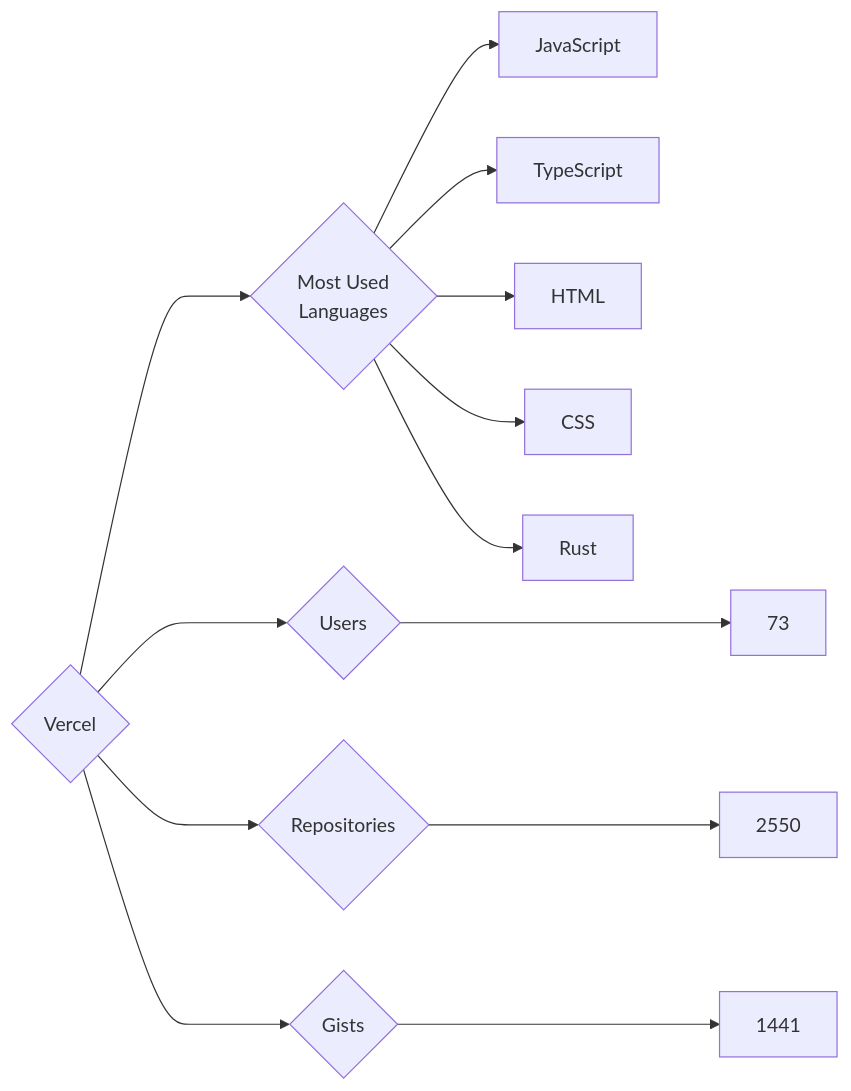
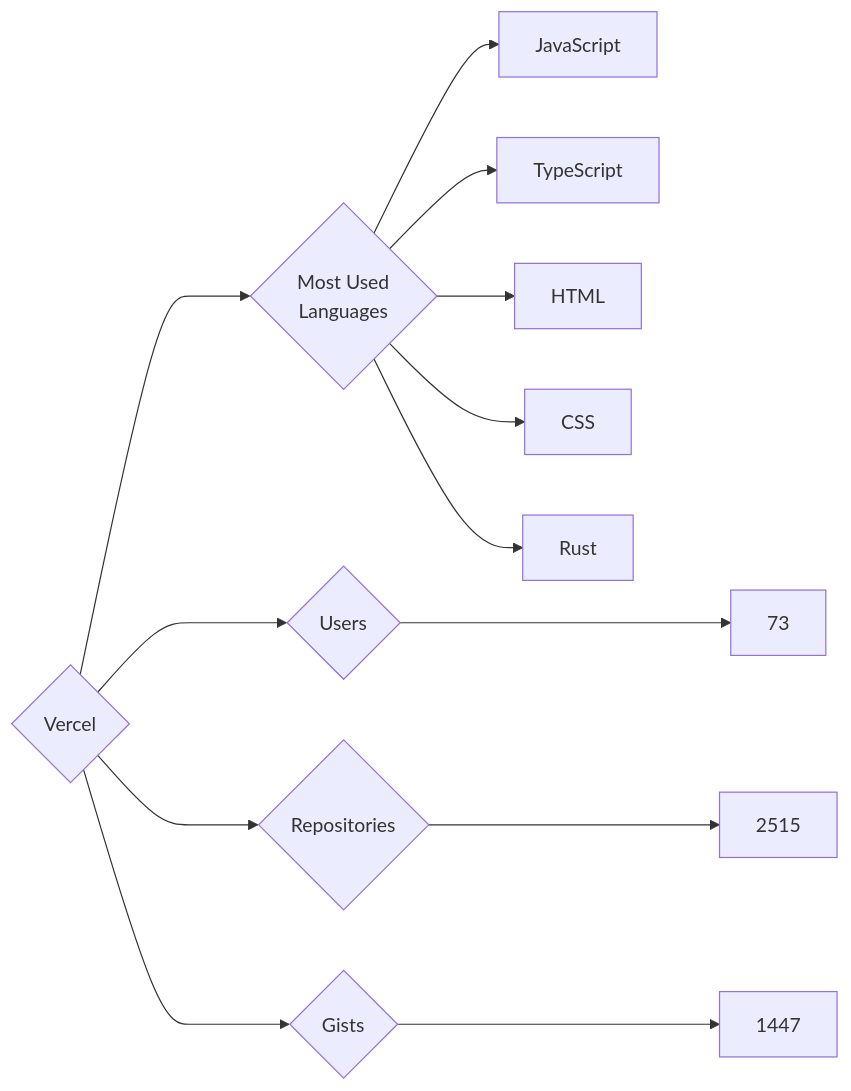
One commit to trickest/insiders changed the diagram in targets/Vercel/README.md. Above: the diagram before and after it, drawn with Mermaid. The commit also changed 973 other files, not shown here.

````diff
--- a/targets/Vercel/README.md
+++ b/targets/Vercel/README.md
@@ -3,13 +3,13 @@
 ```mermaid
 graph LR
 COMPANY_NAME{Vercel}
 COMPANY_NAME ---> U{Users} ---> UN[73]
-COMPANY_NAME ---> R{Repositories} ---> RN[2550]
-COMPANY_NAME ---> G{Gists} ---> GN[1441]
+COMPANY_NAME ---> R{Repositories} ---> RN[2515]
+COMPANY_NAME ---> G{Gists} ---> GN[1447]
 COMPANY_NAME ---> ML{Most Used<br>Languages}
 ML --> JavaScript[JavaScript]
 ML --> TypeScript[TypeScript]
 ML --> HTML[HTML]
 ML --> CSS[CSS]
 ML --> Rust[Rust]
 ```
````
